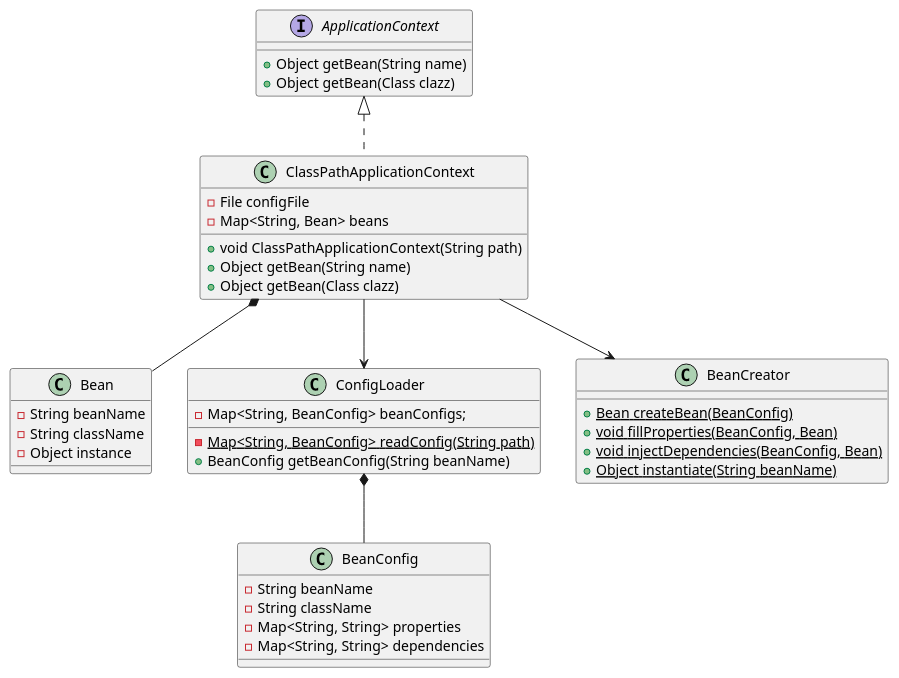
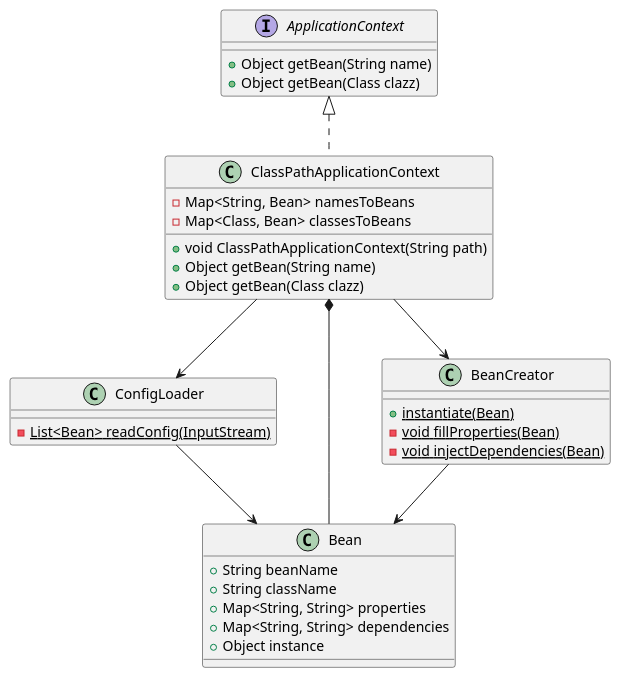
One commit to friedpuppet/upskilling changed the diagram in online-shop/src/uml/AppContext.puml. Above: the diagram before and after it, drawn with PlantUML.

Commit message:
Refactored UML for AppContext

```diff
--- a/online-shop/src/uml/AppContext.puml
+++ b/online-shop/src/uml/AppContext.puml
@@ -1,52 +1,50 @@
 @startuml
 'https://plantuml.com/class-diagram
 
 interface ApplicationContext {
 + Object getBean(String name)
 + Object getBean(Class clazz)
 }
 
 class ClassPathApplicationContext implements ApplicationContext {
-- File configFile
-- Map<String, Bean> beans
+'- File configFile
+- Map<String, Bean> namesToBeans
+- Map<Class, Bean> classesToBeans
 
 + void ClassPathApplicationContext(String path)
 + Object getBean(String name)
 + Object getBean(Class clazz)
 }
 
 ClassPathApplicationContext *-- Bean
-ClassPathApplicationContext --> ConfigLoader
+ConfigLoader --> Bean
+BeanCreator --> Bean
+ClassPathApplicationContext -> ConfigLoader
 ClassPathApplicationContext --> BeanCreator
 
 class ConfigLoader {
-- Map<String, BeanConfig> beanConfigs;
-- Map<String, BeanConfig> readConfig(String path) {static}
-+ BeanConfig getBeanConfig(String beanName)
+'+ Map<String, BeanConfig> beanConfigs;
+- List<Bean> readConfig(InputStream) {static}
+'+ BeanConfig getBeanConfig(String beanName)
 }
 
-ConfigLoader *-- BeanConfig
+'ConfigLoader *-- BeanConfig
 
-class BeanConfig {
-- String beanName
-- String className
-- Map<String, String> properties
-- Map<String, String> dependencies
-}
 
 class BeanCreator {
-+ Bean createBean(BeanConfig) {static}
-+ void fillProperties(BeanConfig, Bean) {static}
-+ void injectDependencies(BeanConfig, Bean) {static}
-+ Object instantiate(String beanName) {static}
++ instantiate(Bean) {static}
+- void fillProperties(Bean) {static}
+- void injectDependencies(Bean) {static}
 }
 
 
 class Bean {
-- String beanName
-- String className
-- Object instance
++ String beanName
++ String className
++ Map<String, String> properties
++ Map<String, String> dependencies
++ Object instance
 }
 
 
 @enduml
```
